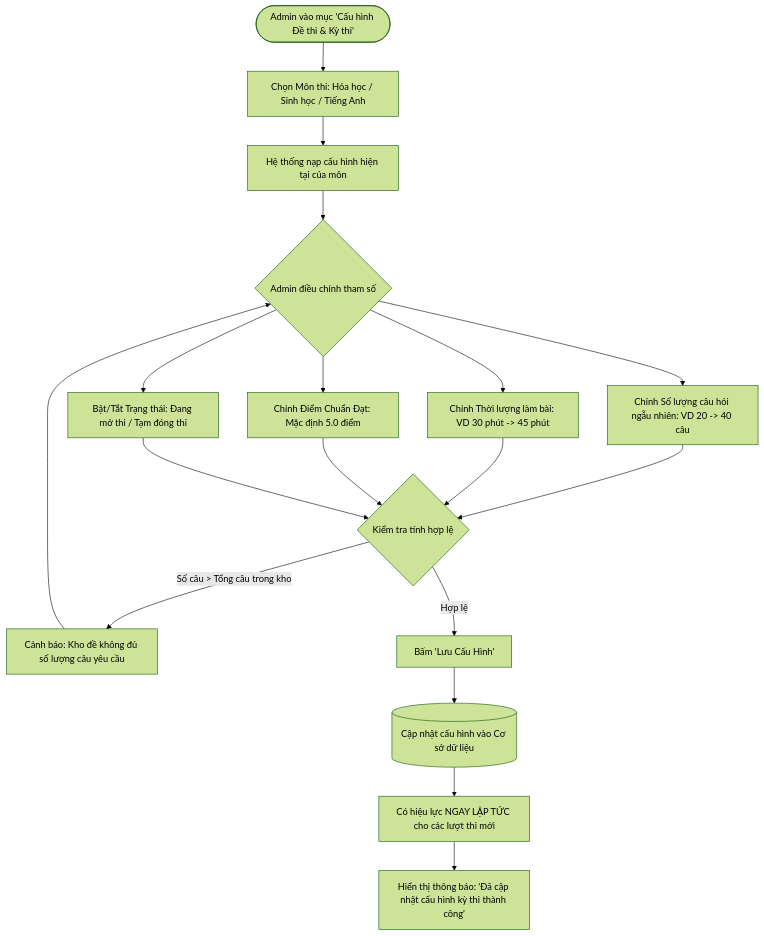
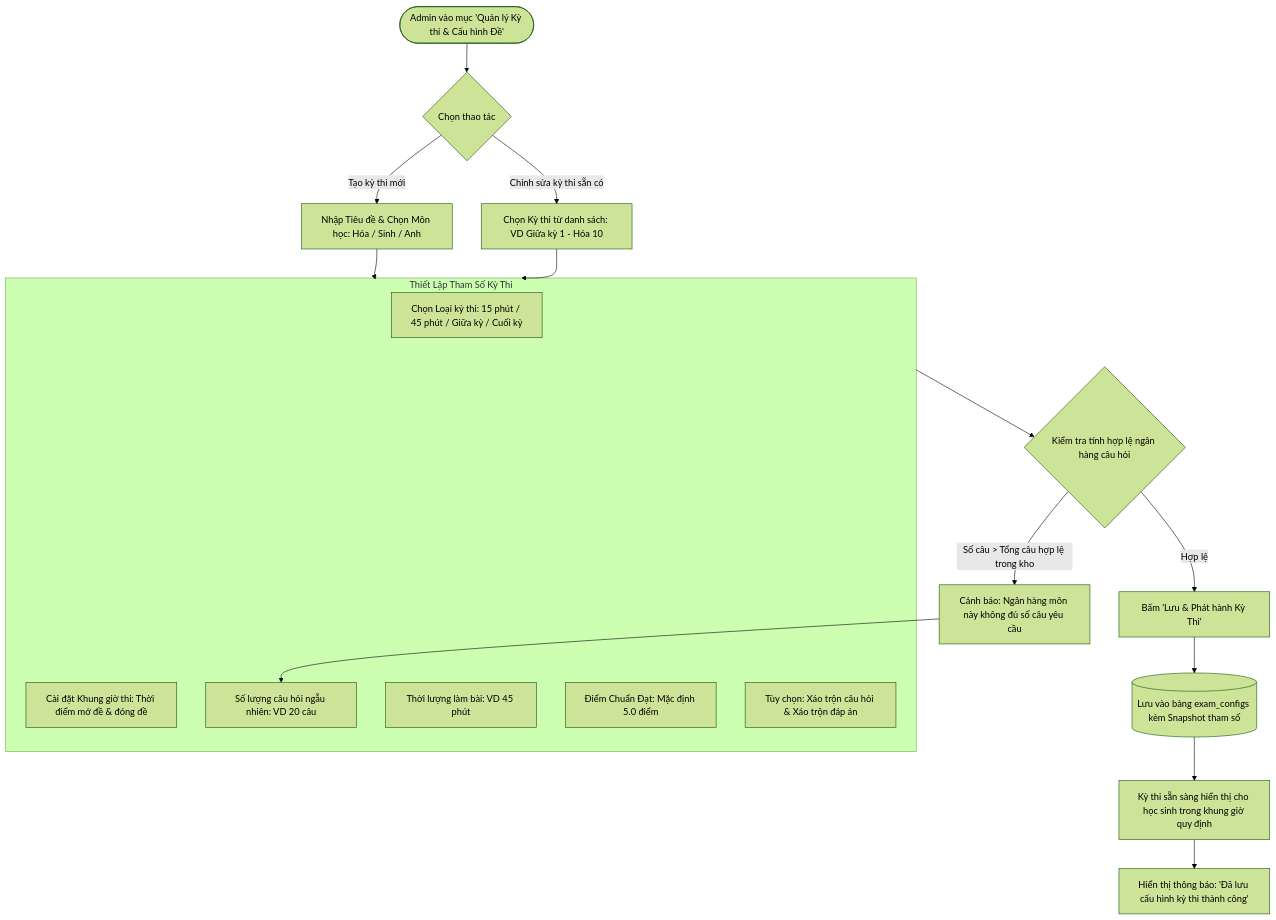
One commit to sunlight3d/VietIS changed the diagram in vibercodeDate21-09-2026/exam-app/flows/05-cau-hinh-de-thi.md. Above: the diagram before and after it, drawn with Mermaid (forest theme). The commit also changed other lines of this file and 15 other files, not shown here.

Commit message:
fix(security & flows): resolve 8 critical database flaws, anti-cheat, missing flows and permission models

````diff
--- a/vibercodeDate21-09-2026/exam-app/flows/05-cau-hinh-de-thi.md
+++ b/vibercodeDate21-09-2026/exam-app/flows/05-cau-hinh-de-thi.md
@@ -11,24 +11,29 @@
 ```mermaid
 flowchart TD
-    Start([Admin vào mục 'Cấu hình Đề thi & Kỳ thi']) --> SelectSubject[Chọn Môn thi: Hóa học / Sinh học / Tiếng Anh]
-    SelectSubject --> LoadCurrentConfig[Hệ thống nạp cấu hình hiện tại của môn]
+    Start([Admin vào mục 'Quản lý Kỳ thi & Cấu hình Đề']) --> ActionChoose{Chọn thao tác}
     
-    LoadCurrentConfig --> AdminEdit{Admin điều chỉnh tham số}
-    AdminEdit --> SetQCount[Chỉnh Số lượng câu hỏi ngẫu nhiên: VD 20 -> 40 câu]
-    AdminEdit --> SetDuration[Chỉnh Thời lượng làm bài: VD 30 phút -> 45 phút]
-    AdminEdit --> SetPassScore[Chỉnh Điểm Chuẩn Đạt: Mặc định 5.0 điểm]
-    AdminEdit --> SetStatus[Bật/Tắt Trạng thái: Đang mở thi / Tạm đóng thi]
+    ActionChoose -->|Tạo kỳ thi mới| CreateExam[Nhập Tiêu đề & Chọn Môn học: Hóa / Sinh / Anh]
+    ActionChoose -->|Chỉnh sửa kỳ thi sẵn có| SelectExam[Chọn Kỳ thi từ danh sách: VD Giữa kỳ 1 - Hóa 10]
     
-    SetQCount --> ValidateConfig{Kiểm tra tính hợp lệ}
-    SetDuration --> ValidateConfig
-    SetPassScore --> ValidateConfig
-    SetStatus --> ValidateConfig
+    CreateExam --> SetParams
+    SelectExam --> SetParams
     
-    ValidateConfig -->|Số câu > Tổng câu trong kho| ShowWarn[Cảnh báo: Kho đề không đủ số lượng câu yêu cầu]
-    ShowWarn --> AdminEdit
+    subgraph SetParams [Thiết Lập Tham Số Kỳ Thi]
+        SetType[Chọn Loại kỳ thi: 15 phút / 45 phút / Giữa kỳ / Cuối kỳ]
+        SetSchedule[Cài đặt Khung giờ thi: Thời điểm mở đề & đóng đề]
+        SetQCount[Số lượng câu hỏi ngẫu nhiên: VD 20 câu]
+        SetDuration[Thời lượng làm bài: VD 45 phút]
+        SetPassScore[Điểm Chuẩn Đạt: Mặc định 5.0 điểm]
+        SetShuffle[Tùy chọn: Xáo trộn câu hỏi & Xáo trộn đáp án]
+    end
     
-    ValidateConfig -->|Hợp lệ| SaveConfig[Bấm 'Lưu Cấu Hình']
-    SaveConfig --> UpdateDB[(Cập nhật cấu hình vào Cơ sở dữ liệu)]
-    UpdateDB --> LiveEffect[Có hiệu lực NGAY LẬP TỨC cho các lượt thi mới]
-    LiveEffect --> ToastSuccess[Hiển thị thông báo: 'Đã cập nhật cấu hình kỳ thi thành công']
+    SetParams --> ValidateConfig{Kiểm tra tính hợp lệ ngân hàng câu hỏi}
+    
+    ValidateConfig -->|Số câu > Tổng câu hợp lệ trong kho| ShowWarn[Cảnh báo: Ngân hàng môn này không đủ số câu yêu cầu]
+    ShowWarn --> SetQCount
+    
+    ValidateConfig -->|Hợp lệ| SaveConfig[Bấm 'Lưu & Phát hành Kỳ Thi']
+    SaveConfig --> UpdateDB[(Lưu vào bảng exam_configs kèm Snapshot tham số)]
+    UpdateDB --> LiveEffect[Kỳ thi sẵn sàng hiển thị cho học sinh trong khung giờ quy định]
+    LiveEffect --> ToastSuccess[Hiển thị thông báo: 'Đã lưu cấu hình kỳ thi thành công']
 ```
````
